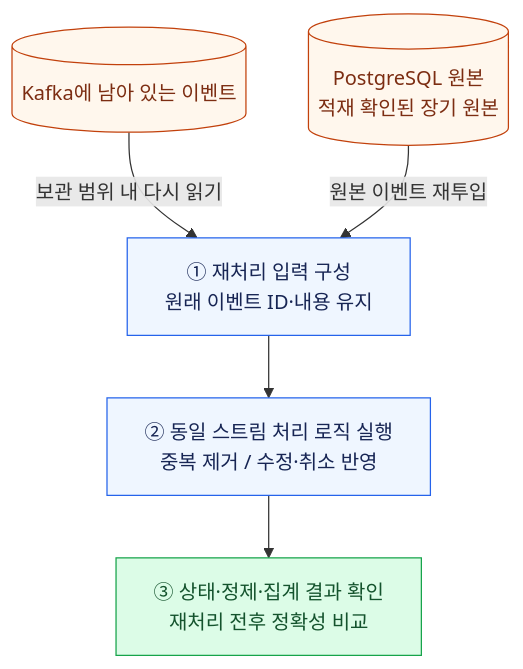
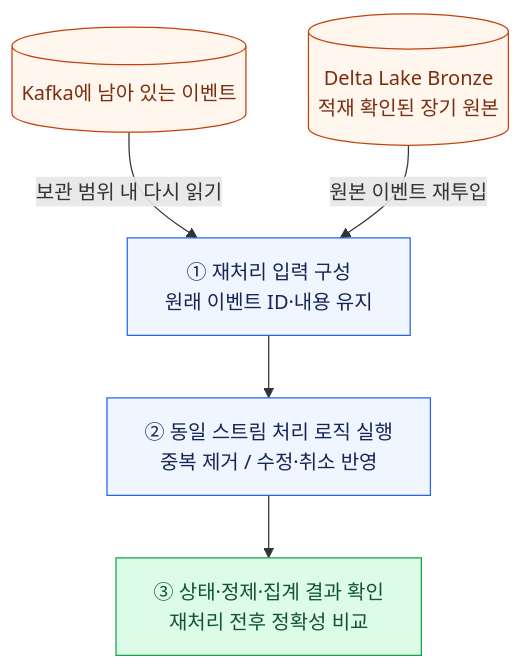
The third of 4 diagrams in docs/product/카페_음악_추천_서비스_3차_구현_태스크.md (encore-ai-campus/mlo-01-p3-team1), drawn with Mermaid before and after one commit. The commit also changed other lines of this file and 99 other files, not shown here.

````diff
--- a/docs/product/카페_음악_추천_서비스_3차_구현_태스크.md
+++ b/docs/product/카페_음악_추천_서비스_3차_구현_태스크.md
@@ -175,17 +146,17 @@
 ```mermaid
 flowchart TB
     KAFKA[("Kafka에 남아 있는 이벤트")]
-    BRONZE[("PostgreSQL 원본<br/>적재 확인된 장기 원본")]
+    BRONZE[("Delta Lake Bronze<br/>적재 확인된 장기 원본")]
     REPLAY["① 재처리 입력 구성<br/>원래 이벤트 ID·내용 유지"]
     PROCESS["② 동일 스트림 처리 로직 실행<br/>중복 제거 / 수정·취소 반영"]
     VERIFY["③ 상태·정제·집계 결과 확인<br/>재처리 전후 정확성 비교"]
     KAFKA -->|보관 범위 내 다시 읽기| REPLAY
     BRONZE -->|원본 이벤트 재투입| REPLAY
     REPLAY --> PROCESS --> VERIFY
     classDef source fill:#fff7ed,stroke:#c2410c,color:#7c2d12;
     classDef process fill:#eff6ff,stroke:#2563eb,color:#172554;
     classDef done fill:#dcfce7,stroke:#16a34a,color:#14532d;
     class KAFKA,BRONZE source;
     class REPLAY,PROCESS process;
     class VERIFY done;
 ```
````
